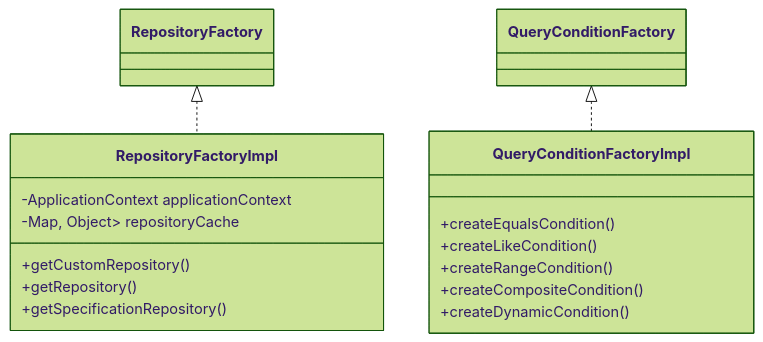
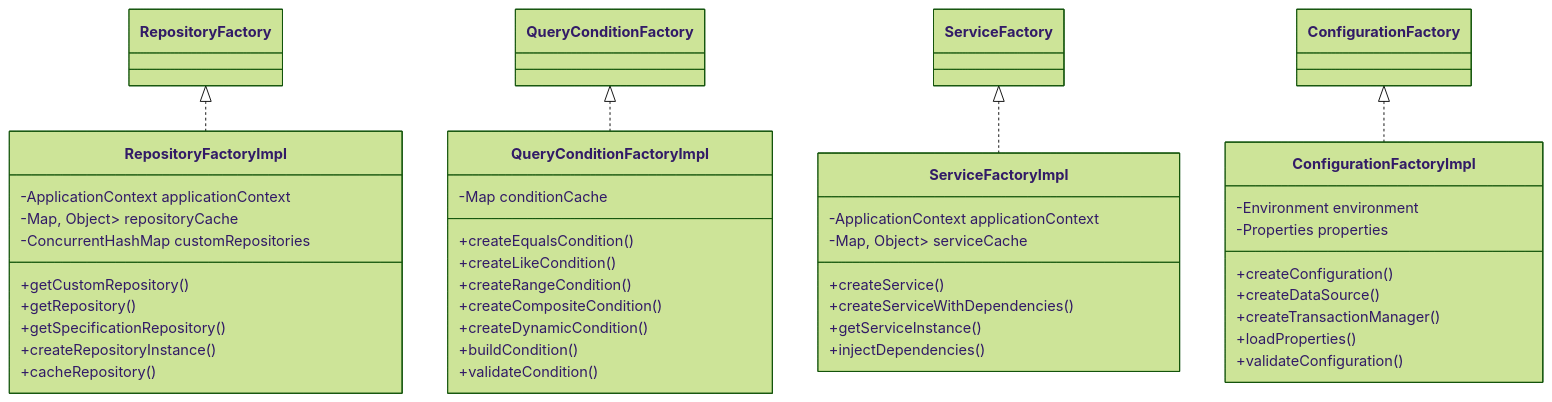
One commit to Vinskao/ty-multiverse-backend changed the sixth of 16 diagrams in README.md. Above: the diagram before and after it, drawn with Mermaid (forest theme). The commit also changed other lines of this file, not shown here.

Commit message:
info: update graph

````diff
--- a/README.md
+++ b/README.md
@@ -220,21 +345,48 @@
 ```mermaid
 classDiagram
     class RepositoryFactoryImpl {
         -ApplicationContext applicationContext
         -Map<Class<?>, Object> repositoryCache
+        -ConcurrentHashMap<String, Object> customRepositories
         +getCustomRepository()
         +getRepository()
         +getSpecificationRepository()
+        +createRepositoryInstance()
+        +cacheRepository()
     }
     
     class QueryConditionFactoryImpl {
+        -Map<String, QueryCondition> conditionCache
         +createEqualsCondition()
         +createLikeCondition()
         +createRangeCondition()
         +createCompositeCondition()
         +createDynamicCondition()
+        +buildCondition()
+        +validateCondition()
+    }
+    
+    class ServiceFactoryImpl {
+        -ApplicationContext applicationContext
+        -Map<Class<?>, Object> serviceCache
+        +createService()
+        +createServiceWithDependencies()
+        +getServiceInstance()
+        +injectDependencies()
+    }
+    
+    class ConfigurationFactoryImpl {
+        -Environment environment
+        -Properties properties
+        +createConfiguration()
+        +createDataSource()
+        +createTransactionManager()
+        +loadProperties()
+        +validateConfiguration()
     }
     
     RepositoryFactory <|.. RepositoryFactoryImpl
     QueryConditionFactory <|.. QueryConditionFactoryImpl
+    ServiceFactory <|.. ServiceFactoryImpl
+    ConfigurationFactory <|.. ConfigurationFactoryImpl
 ```
````
